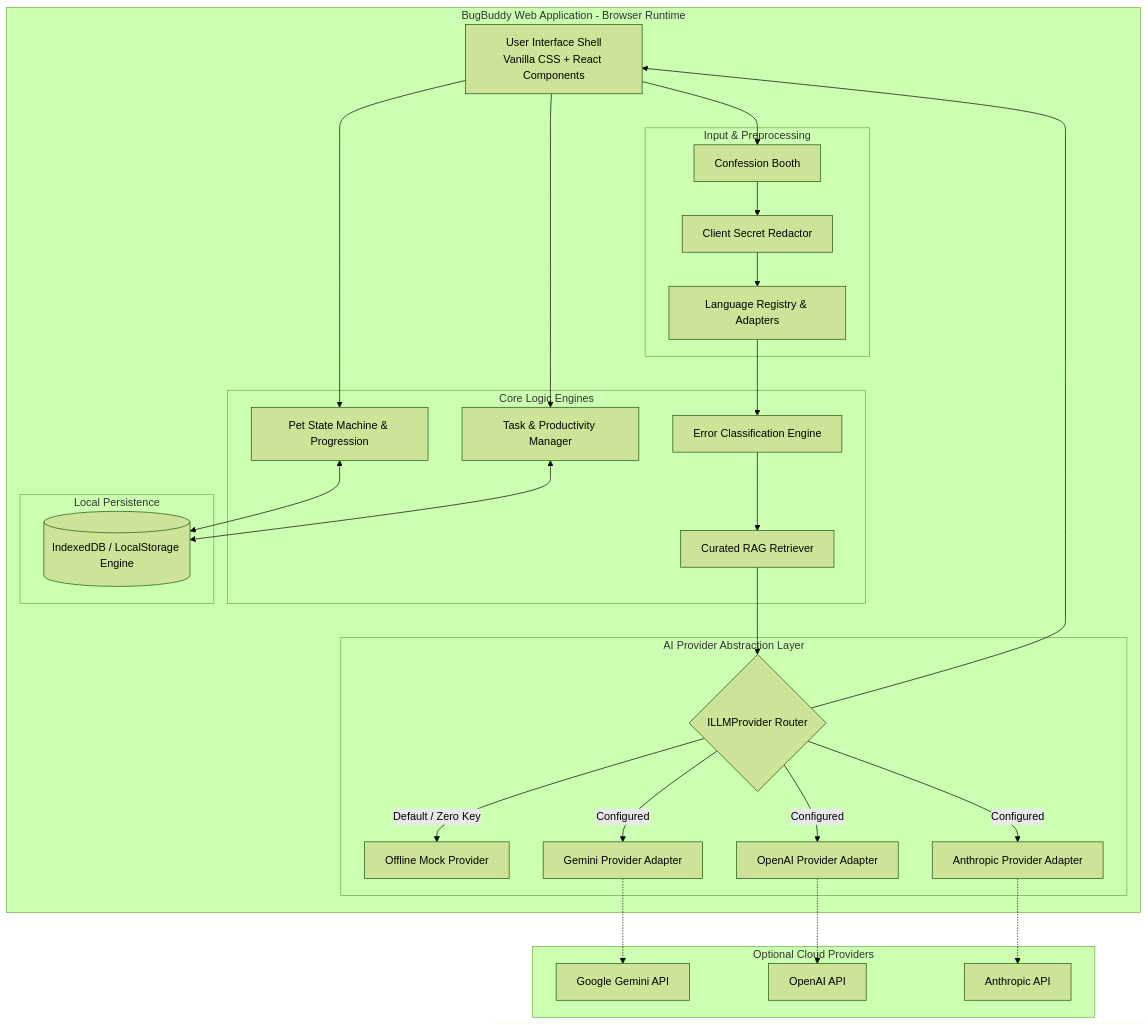
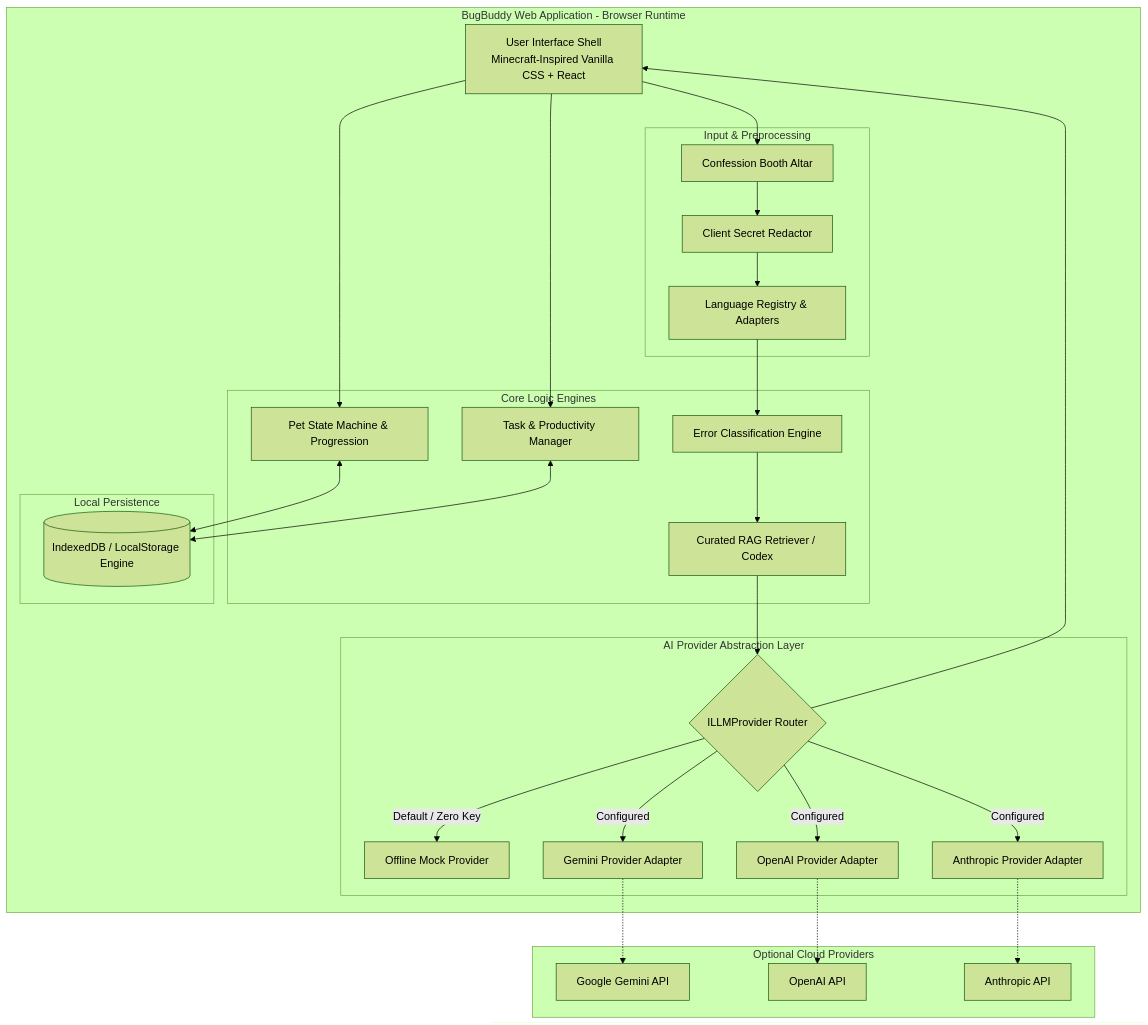
Before and after one commit to Subhadip-Paul2006/BugBuddy: the diagram in README.md, drawn with Mermaid (forest theme). The commit also changed other lines of this file and 4 other files, not shown here.

````diff
--- a/README.md
+++ b/README.md
@@ -85,59 +99,59 @@
 ```mermaid
 graph TD
     subgraph Client [BugBuddy Web Application - Browser Runtime]
-        UI[User Interface Shell\nVanilla CSS + React Components]
+        UI[User Interface Shell\nMinecraft-Inspired Vanilla CSS + React]
         
         subgraph InputPipeline [Input & Preprocessing]
-            CB[Confession Booth]
+            CB[Confession Booth Altar]
             SR[Client Secret Redactor]
             LR[Language Registry & Adapters]
         end
         
         subgraph CoreEngines [Core Logic Engines]
             EC[Error Classification Engine]
-            RAG[Curated RAG Retriever]
+            RAG[Curated RAG Retriever / Codex]
             PSM[Pet State Machine & Progression]
             TM[Task & Productivity Manager]
         end
         
         subgraph StorageLayer [Local Persistence]
             STORE[(IndexedDB / LocalStorage Engine)]
         end
         
         subgraph ProviderLayer [AI Provider Abstraction Layer]
             PROV{ILLMProvider Router}
             MOCK[Offline Mock Provider]
             GEM[Gemini Provider Adapter]
             OAI[OpenAI Provider Adapter]
             ANT[Anthropic Provider Adapter]
         end
     end
 
     subgraph ExternalCloud [Optional Cloud Providers]
         GEM_API[Google Gemini API]
         OAI_API[OpenAI API]
         ANT_API[Anthropic API]
     end
 
     UI --> CB
     CB --> SR
     SR --> LR
     LR --> EC
     EC --> RAG
     RAG --> PROV
     
     PROV -->|Default / Zero Key| MOCK
     PROV -->|Configured| GEM
     PROV -->|Configured| OAI
     PROV -->|Configured| ANT
     
     GEM -.-> GEM_API
     OAI -.-> OAI_API
     ANT -.-> ANT_API
     
     PROV --> UI
     UI --> PSM
     UI --> TM
     PSM <--> STORE
     TM <--> STORE
 ```
````
